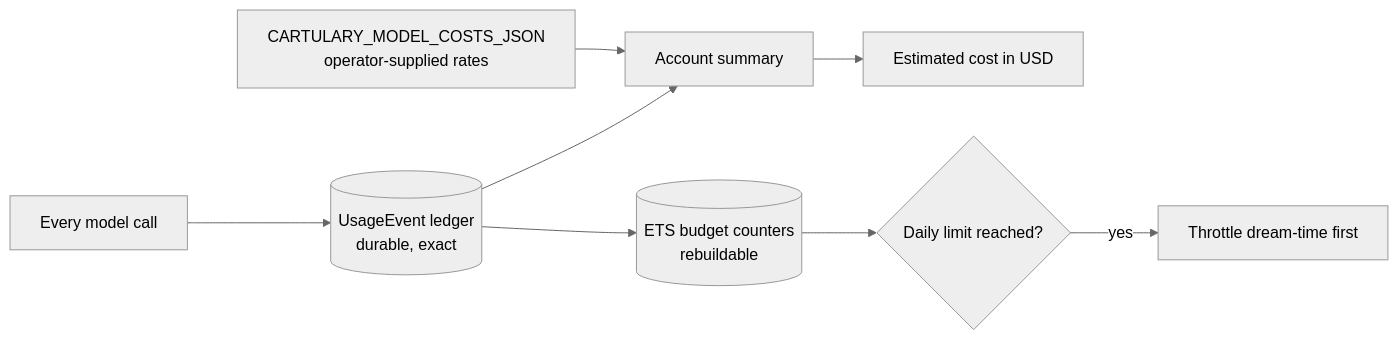
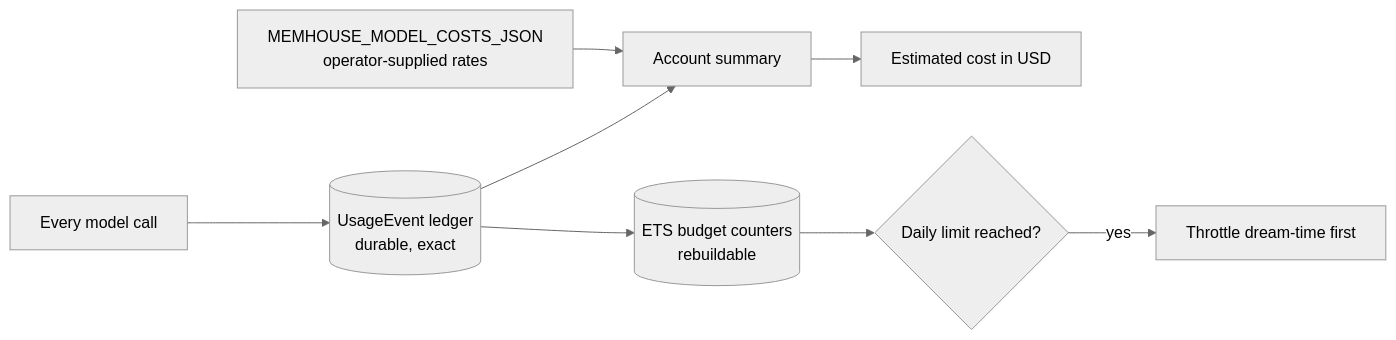
One commit to cartularyhq/cartulary changed the diagram in docs/operations/health-and-costs.md. Above: the diagram before and after it, drawn with Mermaid (neutral theme). The commit also changed other lines of this file and 328 other files, not shown here.

````diff
--- a/docs/operations/health-and-costs.md
+++ b/docs/operations/health-and-costs.md
@@ -64,10 +64,10 @@
 ```mermaid
 flowchart LR
     CALL[Every model call] --> UE[(UsageEvent ledger<br/>durable, exact)]
     UE --> SUM[Account summary]
-    RATES["CARTULARY_MODEL_COSTS_JSON<br/>operator-supplied rates"] --> SUM
+    RATES["MEMHOUSE_MODEL_COSTS_JSON<br/>operator-supplied rates"] --> SUM
     SUM --> OUT[Estimated cost in USD]
     UE --> ETS[(ETS budget counters<br/>rebuildable)]
     ETS --> ADM{Daily limit reached?}
     ADM -->|yes| TH["Throttle dream-time first"]
 ```
````
